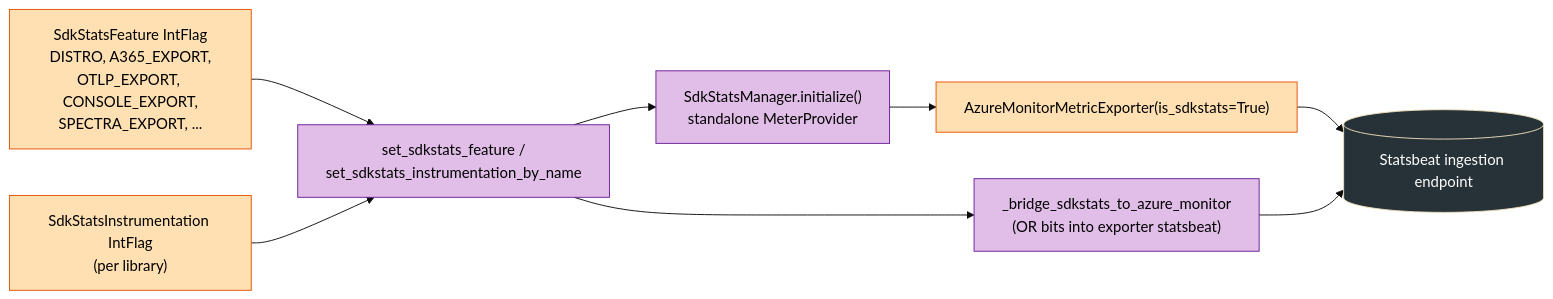
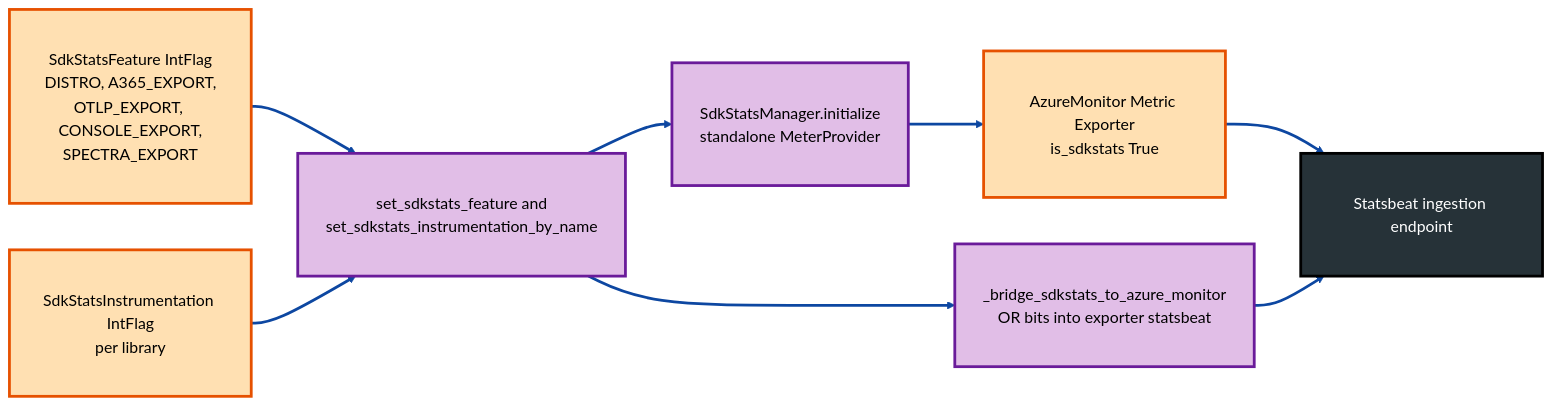
One commit to ganga1980/opentelemetry-distro-python changed the eighth of 10 diagrams in Architecture.md. Above: the diagram before and after it, drawn with Mermaid. The commit also changed other lines of this file, not shown here.

````diff
--- a/Architecture.md
+++ b/Architecture.md
@@ -524,23 +585,27 @@
 ```mermaid
-%%{init:{'theme':'base','themeVariables':{'fontFamily':'Segoe UI'}}}%%
+%%{init: {"theme":"base","themeVariables":{"fontFamily":"Segoe UI","fontSize":"17px","lineColor":"#0D47A1","edgeLabelBackground":"#FFFFFF","primaryTextColor":"#000000"}}}%%
 flowchart LR
-    classDef stats fill:#FFE0B2,stroke:#E65100,color:#000
-    classDef cfg fill:#E1BEE7,stroke:#6A1B9A,color:#000
-    classDef be fill:#263238,color:#FFF
+    classDef stats fill:#FFE0B2,stroke:#E65100,stroke-width:3px,color:#000,font-size:17px,padding:12px
+    classDef cfg fill:#E1BEE7,stroke:#6A1B9A,stroke-width:3px,color:#000,font-size:17px,padding:12px
+    classDef be fill:#263238,stroke:#000,stroke-width:3px,color:#FFF,font-size:17px,padding:12px
 
-    Bits["SdkStatsFeature IntFlag<br/>DISTRO, A365_EXPORT,<br/>OTLP_EXPORT, CONSOLE_EXPORT,<br/>SPECTRA_EXPORT, ..."]:::stats
-    InstBits["SdkStatsInstrumentation IntFlag<br/>(per library)"]:::stats
-    Set["set_sdkstats_feature /<br/>set_sdkstats_instrumentation_by_name"]:::cfg
+    Bits["SdkStatsFeature IntFlag<br/>DISTRO, A365_EXPORT,<br/>OTLP_EXPORT, CONSOLE_EXPORT,<br/>SPECTRA_EXPORT"]:::stats
+    InstBits["SdkStatsInstrumentation IntFlag<br/>per library"]:::stats
+    Set["set_sdkstats_feature and<br/>set_sdkstats_instrumentation_by_name"]:::cfg
 
-    Bridge["_bridge_sdkstats_to_azure_monitor<br/>(OR bits into exporter statsbeat)"]:::cfg
-    Standalone["SdkStatsManager.initialize()<br/>standalone MeterProvider"]:::cfg
+    Bridge["_bridge_sdkstats_to_azure_monitor<br/>OR bits into exporter statsbeat"]:::cfg
+    Standalone["SdkStatsManager.initialize<br/>standalone MeterProvider"]:::cfg
 
-    StatsExp["AzureMonitorMetricExporter(is_sdkstats=True)"]:::stats
-    EP[("Statsbeat ingestion endpoint")]:::be
+    StatsExp["AzureMonitor Metric Exporter<br/>is_sdkstats True"]:::stats
+    EP["Statsbeat ingestion endpoint"]:::be
 
-    Bits --> Set
-    InstBits --> Set
-    Set --> Bridge
-    Set --> Standalone --> StatsExp --> EP
-    Bridge --> EP
+    Bits ==> Set
+    InstBits ==> Set
+    Set ==> Bridge
+    Set ==> Standalone
+    Standalone ==> StatsExp
+    StatsExp ==> EP
+    Bridge ==> EP
+
+    linkStyle default stroke:#0D47A1,stroke-width:3px,fill:none
 ```
````
